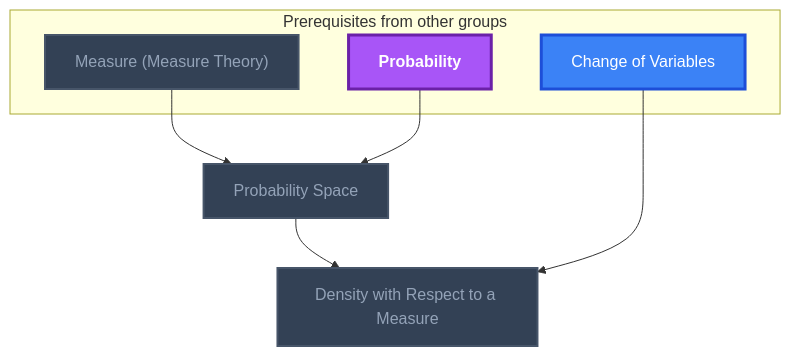
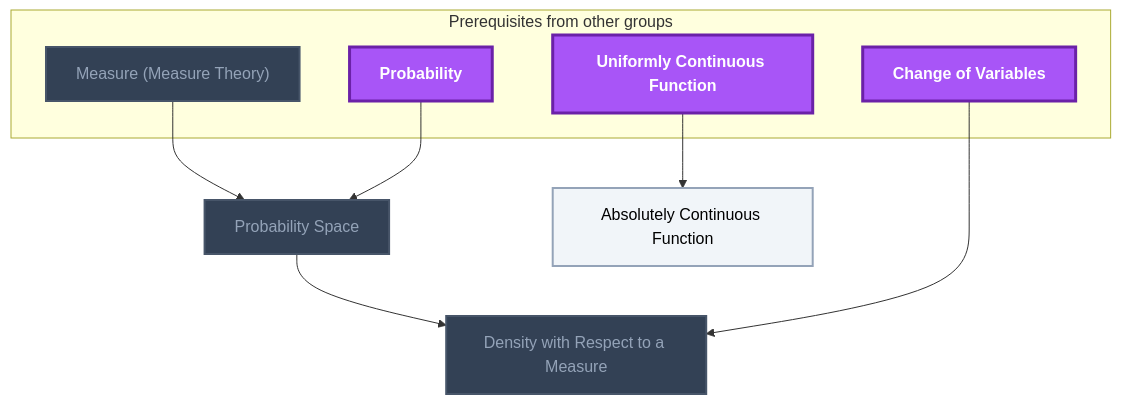
Diagram 13 of 13 in Gamification/Skill Trees/Measure Theory.md (MRauf1/My-Notes), drawn with Mermaid before and after one commit. The commit also changed other lines of this file and 73 other files, not shown here.

````diff
--- a/Gamification/Skill Trees/Measure Theory.md
+++ b/Gamification/Skill Trees/Measure Theory.md
@@ -492,27 +491,30 @@
 ```mermaid
 flowchart TD
     classDef planned fill:#1E293B,stroke:#64748B,stroke-width:2px,stroke-dasharray:5 5,color:#94A3B8;
     classDef locked fill:#334155,stroke:#475569,stroke-width:2px,color:#94A3B8;
     classDef L0 fill:#F1F5F9,stroke:#94A3B8,stroke-width:2px,color:#000000;
     classDef L1 fill:#22C55E,stroke:#15803D,stroke-width:2px,color:#000000;
     classDef L2 fill:#3B82F6,stroke:#1D4ED8,stroke-width:3px,color:#FFFFFF;
     classDef L3 fill:#A855F7,stroke:#6B21A8,stroke-width:3px,color:#FFFFFF,font-weight:bold;
     classDef L4 fill:#F97316,stroke:#C2410C,stroke-width:4px,color:#000000,font-weight:bold;
     classDef L5 fill:#FFD700,stroke:#FF8C00,stroke-width:5px,color:#000000,font-weight:bold;
     classDef rusty stroke:#8B4513,stroke-width:4px,stroke-dasharray:3 3;
     subgraph sg_prereqs["Prerequisites from other groups"]
         n_measure_measure_theory["Measure (Measure Theory)"]
         n_probability["Probability"]
         n_change_of_variables["Change of Variables"]
+        n_uniformly_continuous_function["Uniformly Continuous Function"]
     end
     n_probability_space["Probability Space"]
     n_density_with_respect_to_a_measure["Density with Respect to a Measure"]
+    n_absolutely_continuous_function["Absolutely Continuous Function"]
     n_measure_measure_theory --> n_probability_space
     n_probability --> n_probability_space
     n_probability_space --> n_density_with_respect_to_a_measure
     n_change_of_variables --> n_density_with_respect_to_a_measure
+    n_uniformly_continuous_function --> n_absolutely_continuous_function
     class n_measure_measure_theory,n_probability_space,n_density_with_respect_to_a_measure locked;
-    class n_change_of_variables L2;
-    class n_probability L3;
-    class n_measure_measure_theory,n_probability,n_change_of_variables,n_probability_space,n_density_with_respect_to_a_measure internal-link;
+    class n_absolutely_continuous_function L0;
+    class n_probability,n_change_of_variables,n_uniformly_continuous_function L3;
+    class n_measure_measure_theory,n_probability,n_change_of_variables,n_uniformly_continuous_function,n_probability_space,n_density_with_respect_to_a_measure,n_absolutely_continuous_function internal-link;
 ```
````
